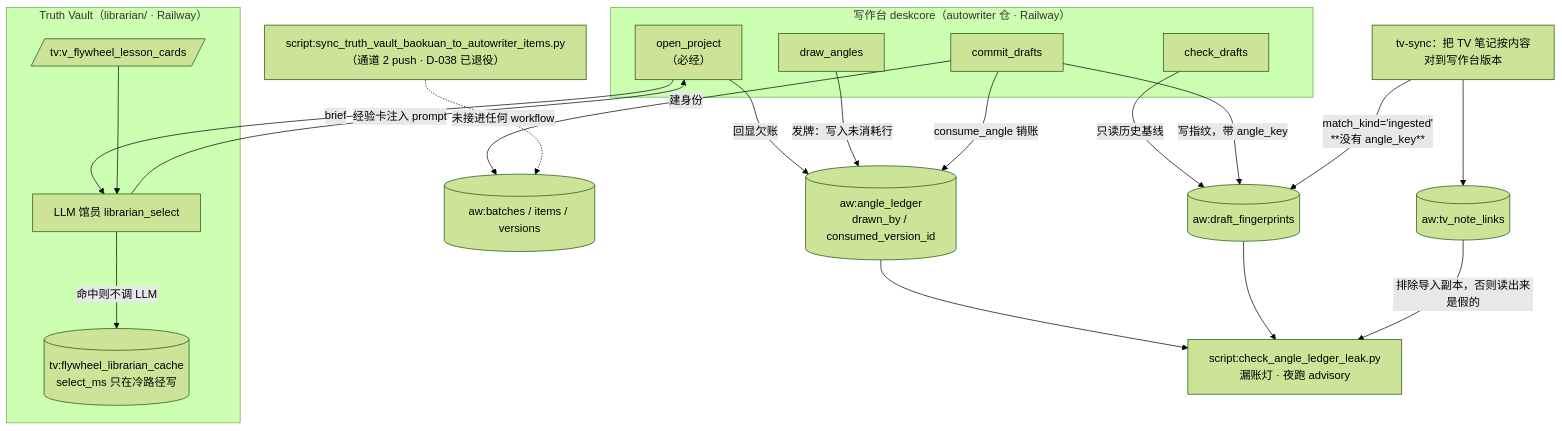
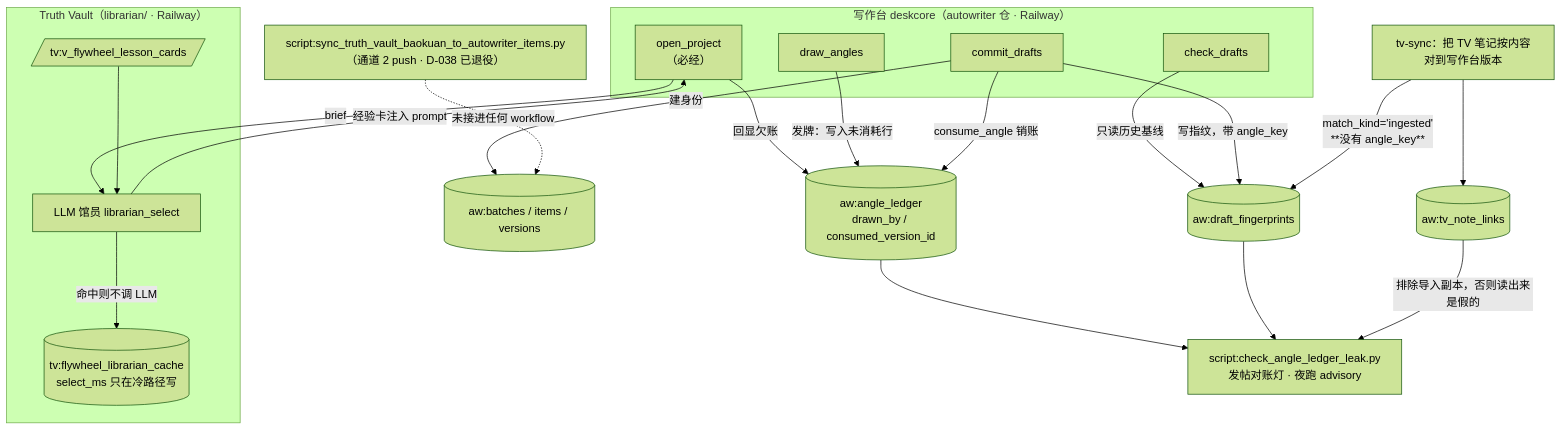
One commit to TangVarie/truth-vault changed the second of 2 diagrams in docs/00-START-HERE.md. Above: the diagram before and after it, drawn with Mermaid (forest theme). The commit also changed 9 other files, not shown here.

````diff
--- a/docs/00-START-HERE.md
+++ b/docs/00-START-HERE.md
@@ -125,41 +125,41 @@
 ```mermaid
 flowchart TD
     subgraph desk["写作台 deskcore（autowriter 仓 · Railway）"]
         OP["open_project<br/>（必经）"]
         DA["draw_angles"]
         CD["check_drafts"]
         CM2["commit_drafts"]
     end
 
     subgraph tv["Truth Vault（librarian/ · Railway）"]
         LIB["LLM 馆员 librarian_select"]
         CACHE[("tv:flywheel_librarian_cache<br/>select_ms 只在冷路径写")]
         CARDS2[/"tv:v_flywheel_lesson_cards"/]
     end
 
     OP -->|brief| LIB
     CARDS2 --> LIB
     LIB -->|命中则不调 LLM| CACHE
     LIB -->|经验卡注入 prompt| OP
 
     OP -->|回显欠账| LEDGER[("aw:angle_ledger<br/>drawn_by / consumed_version_id")]
     DA -->|发牌：写入未消耗行| LEDGER
 
     CD -->|只读历史基线| FPR[("aw:draft_fingerprints")]
 
     CM2 -->|建身份| BIV[("aw:batches / items / versions")]
     CM2 -->|写指纹，带 angle_key| FPR
     CM2 -->|consume_angle 销账| LEDGER
 
     TVS["script:sync_truth_vault_baokuan_to_autowriter_items.py<br/>（通道 2 push · D-038 已退役）"]
     TVS -.未接进任何 workflow.-> BIV
 
     SYNC["tv-sync：把 TV 笔记按内容对到写作台版本"]
     SYNC -->|match_kind='ingested'<br/>**没有 angle_key**| FPR
     SYNC --> TNL[("aw:tv_note_links")]
 
-    AL["script:check_angle_ledger_leak.py<br/>漏账灯 · 夜跑 advisory"]
+    AL["script:check_angle_ledger_leak.py<br/>发帖对账灯 · 夜跑 advisory"]
     LEDGER --> AL
     FPR --> AL
     TNL -->|排除导入副本，否则读出来是假的| AL
 ```
````
